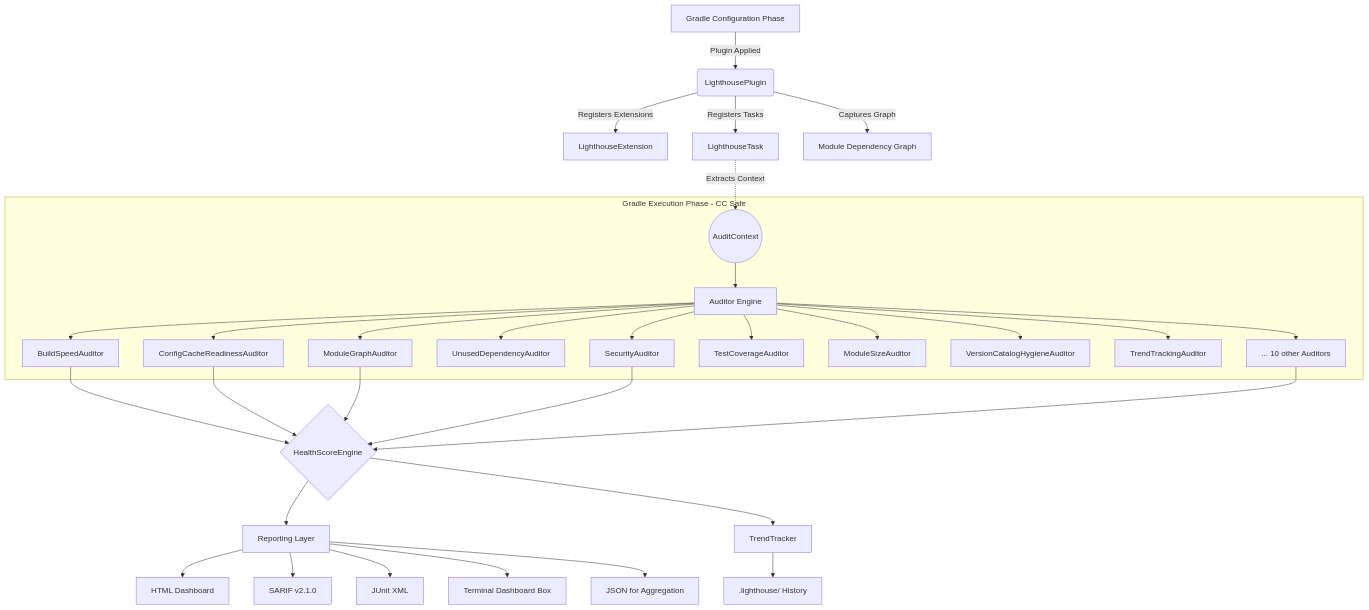
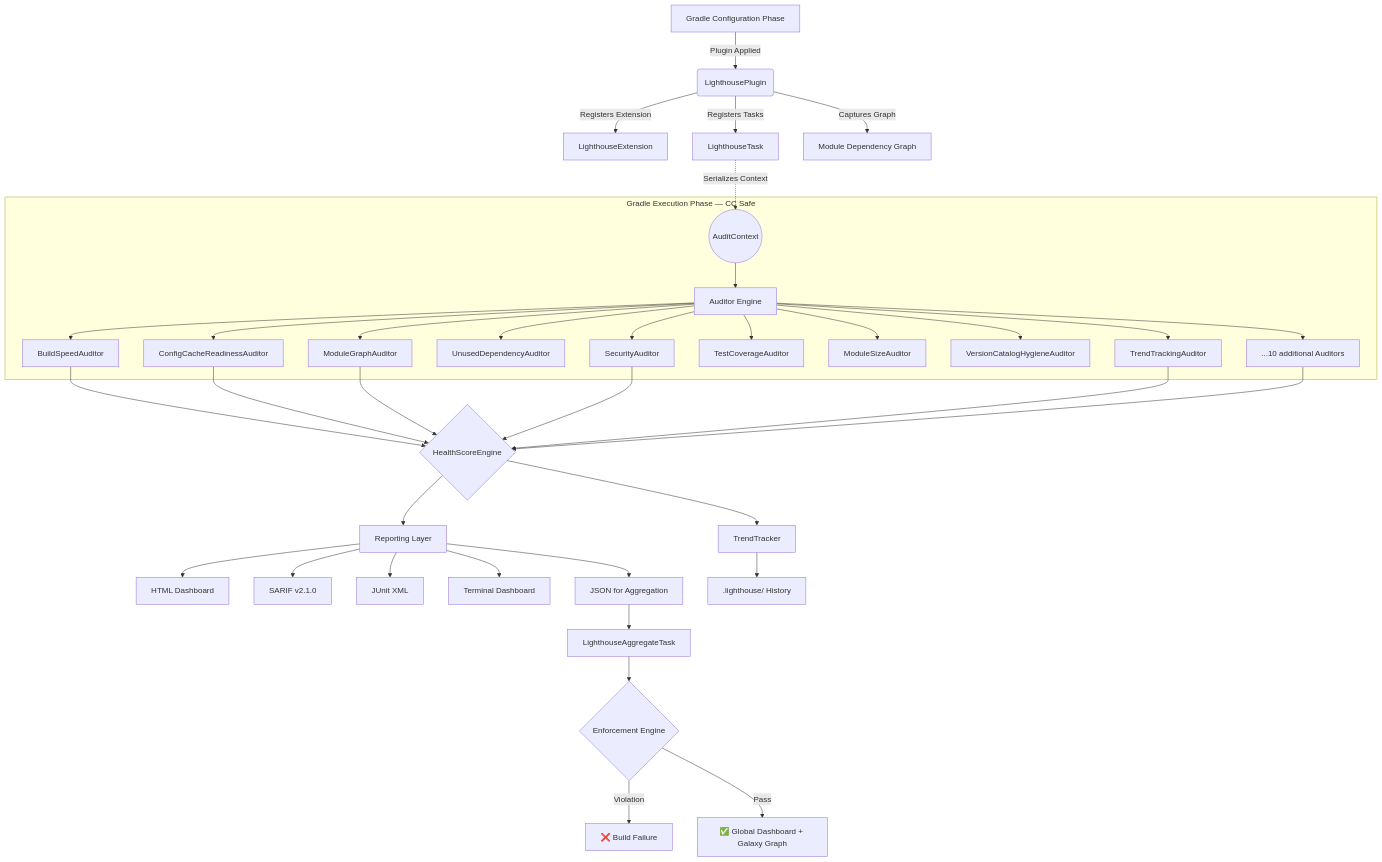
The first of 2 diagrams in docs/HLD.md (dev-vikas-soni/gradle-lighthouse), drawn with Mermaid before and after one commit. The commit also changed other lines of this file and 62 other files, not shown here.

Commit message:
feat: complete Phase 2 Intelligence, Visualization & Enforcement safeguards

````diff
--- a/docs/HLD.md
+++ b/docs/HLD.md
@@ -17,38 +40,44 @@
 ```mermaid
 graph TD
     A[Gradle Configuration Phase] -->|Plugin Applied| B(LighthousePlugin)
-    B -->|Registers Extensions| C[LighthouseExtension]
+    B -->|Registers Extension| C[LighthouseExtension]
     B -->|Registers Tasks| D[LighthouseTask]
     B -->|Captures Graph| E2[Module Dependency Graph]
-    D -.->|Extracts Context| E((AuditContext))
+    D -.->|Serializes Context| E((AuditContext))
 
-    subgraph Execution Phase [Gradle Execution Phase - CC Safe]
+    subgraph Execution Phase [Gradle Execution Phase — CC Safe]
         E --> F[Auditor Engine]
         F --> G1[BuildSpeedAuditor]
         F --> G2[ConfigCacheReadinessAuditor]
         F --> G3[ModuleGraphAuditor]
         F --> G4[UnusedDependencyAuditor]
         F --> G5[SecurityAuditor]
         F --> G6[TestCoverageAuditor]
         F --> G7[ModuleSizeAuditor]
         F --> G8[VersionCatalogHygieneAuditor]
         F --> G9[TrendTrackingAuditor]
-        F --> G10[... 10 other Auditors]
+        F --> G10[...10 additional Auditors]
     end
 
     G1 --> H{HealthScoreEngine}
     G2 --> H
     G3 --> H
     G5 --> H
+    G9 --> H
     G10 --> H
 
     H --> I[Reporting Layer]
     I --> J1[HTML Dashboard]
     I --> J2[SARIF v2.1.0]
     I --> J3[JUnit XML]
-    I --> J4[Terminal Dashboard Box]
+    I --> J4[Terminal Dashboard]
     I --> J5[JSON for Aggregation]
 
     H --> K[TrendTracker]
     K --> L[.lighthouse/ History]
+
+    J5 --> AGG[LighthouseAggregateTask]
+    AGG --> GATE{Enforcement Engine}
+    GATE -->|Violation| EXIT[❌ Build Failure]
+    GATE -->|Pass| GLOB[✅ Global Dashboard + Galaxy Graph]
 ```
````
